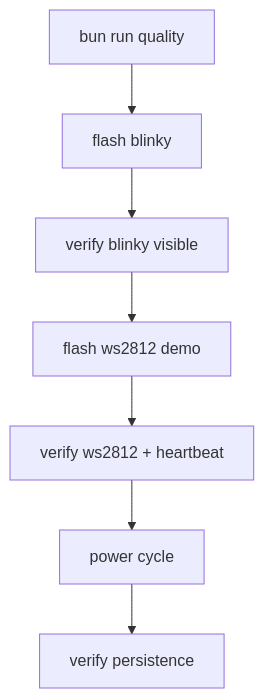
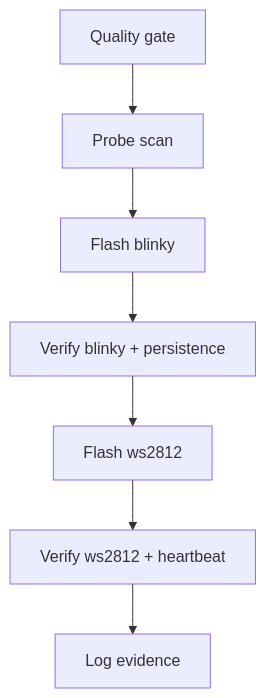
The diagram in docs/guides/production-reality-check.md (thecharge/sndv-hdl), drawn with Mermaid before and after one commit. The commit also changed other lines of this file and 10 other files, not shown here.

````diff
--- a/docs/guides/production-reality-check.md
+++ b/docs/guides/production-reality-check.md
@@ -14,9 +15,9 @@
 ```mermaid
 flowchart TD
-  A[bun run quality] --> B[flash blinky]
-  B --> C[verify blinky visible]
-  C --> D[flash ws2812 demo]
-  D --> E[verify ws2812 + heartbeat]
-  E --> F[power cycle]
-  F --> G[verify persistence]
+  A[Quality gate] --> B[Probe scan]
+  B --> C[Flash blinky]
+  C --> D[Verify blinky + persistence]
+  D --> E[Flash ws2812]
+  E --> F[Verify ws2812 + heartbeat]
+  F --> G[Log evidence]
 ```
````
